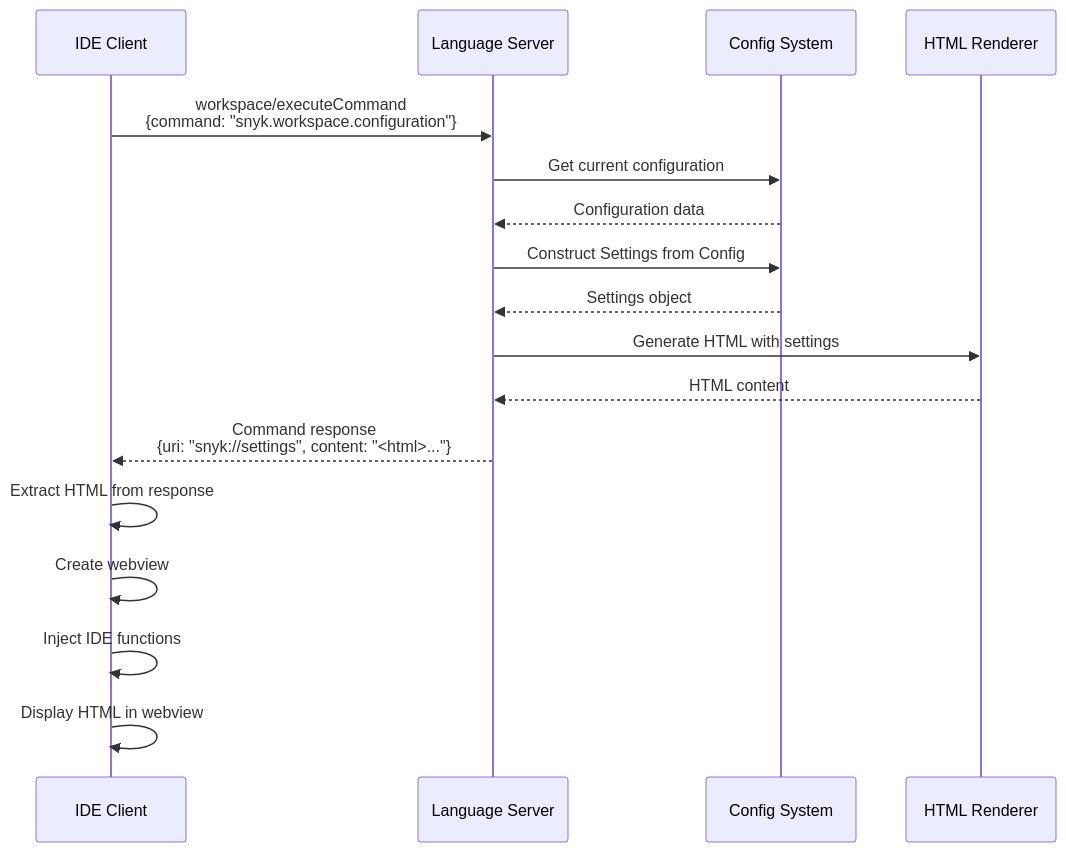
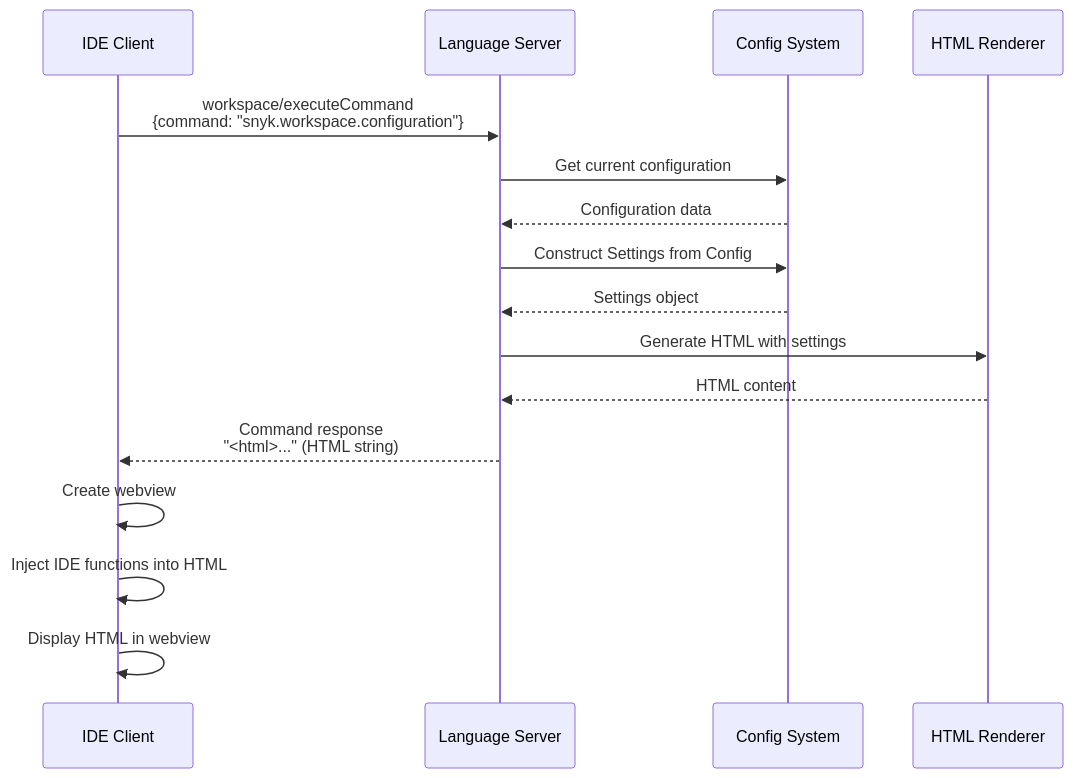
One commit to snyk/snyk-ls changed the first of 5 diagrams in docs/configuration-dialog.md. Above: the diagram before and after it, drawn with Mermaid. The commit also changed 2 other files, not shown here.

Commit message:
docs: fix sequence diagrams to match current implementation [IDE-1455]
Updated the opening dialog sequence diagram to accurately reflect the
simplified implementation that returns HTML directly as a string.

**Changes:**

1. **Mermaid Source (configuration-dialog-open.mmd):**
   - Changed response from: {uri: "snyk://settings", content: "<html>..."}
   - To: "<html>..." (HTML string)
   - Removed "Extract HTML from response" step (no longer needed)
   - Simplified to show direct HTML usage

2. **Markdown Documentation (configuration-dialog.md):**
   - Updated embedded mermaid diagram to match source
   - Now accurately shows direct HTML string response

3. **PNG Rendering (configuration-dialog-open.png):**
   - Re-rendered diagram at 2400x1800 resolution
   - Updated from 89 KB to 75 KB (reflects simpler flow)

**Result:**
All diagrams and documentation now accurately represent the current
implementation where the command simply returns an HTML string with
no URI or wrapper object.

````diff
--- a/docs/configuration-dialog.md
+++ b/docs/configuration-dialog.md
@@ -307,25 +307,24 @@
 ```mermaid
 sequenceDiagram
     participant IDE as IDE Client
     participant LSP as Language Server
     participant Config as Config System
     participant HTML as HTML Renderer
     
     IDE->>LSP: workspace/executeCommand<br/>{command: "snyk.workspace.configuration"}
     
     LSP->>Config: Get current configuration
     Config-->>LSP: Configuration data
     
     LSP->>Config: Construct Settings from Config
     Config-->>LSP: Settings object
     
     LSP->>HTML: Generate HTML with settings
     HTML-->>LSP: HTML content
     
-    LSP-->>IDE: Command response<br/>{uri: "snyk://settings", content: "<html>..."}
+    LSP-->>IDE: Command response<br/>"<html>..." (HTML string)
     
-    IDE->>IDE: Extract HTML from response
     IDE->>IDE: Create webview
-    IDE->>IDE: Inject IDE functions
+    IDE->>IDE: Inject IDE functions into HTML
     IDE->>IDE: Display HTML in webview
 ```
````
